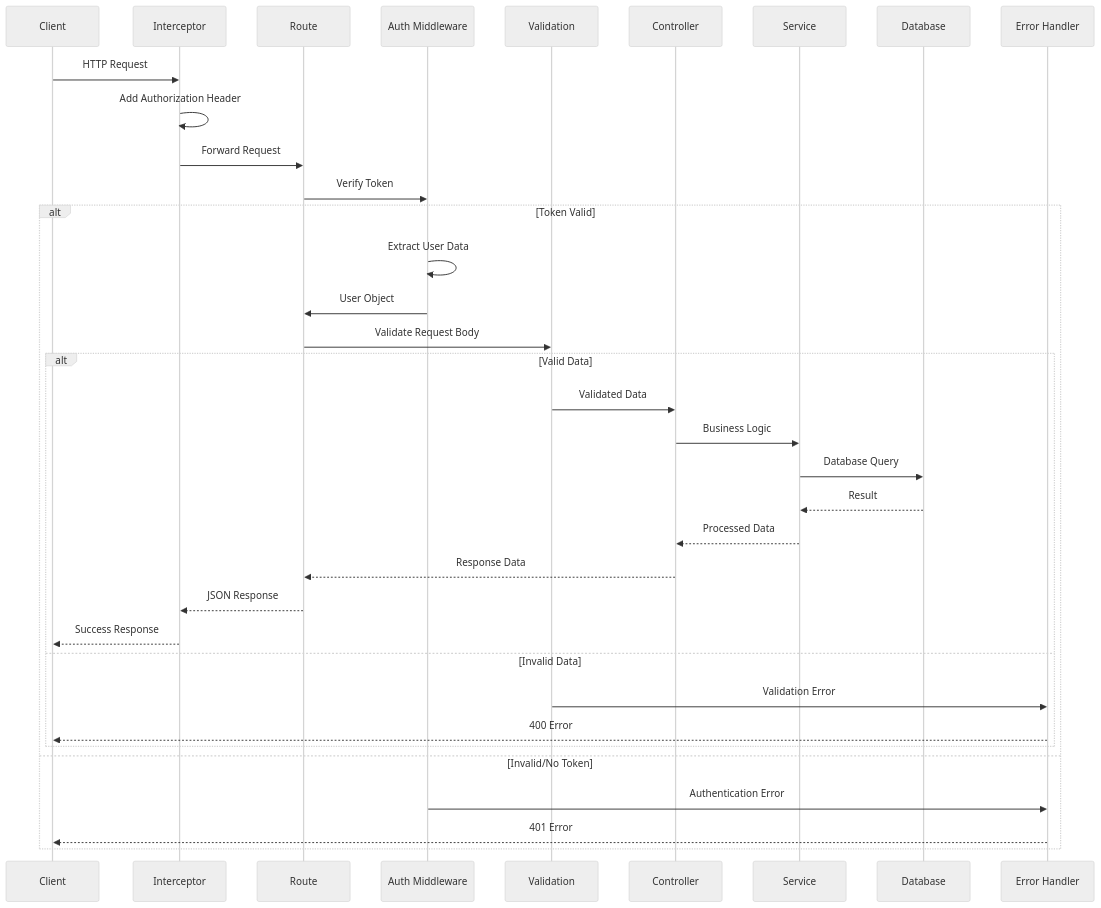
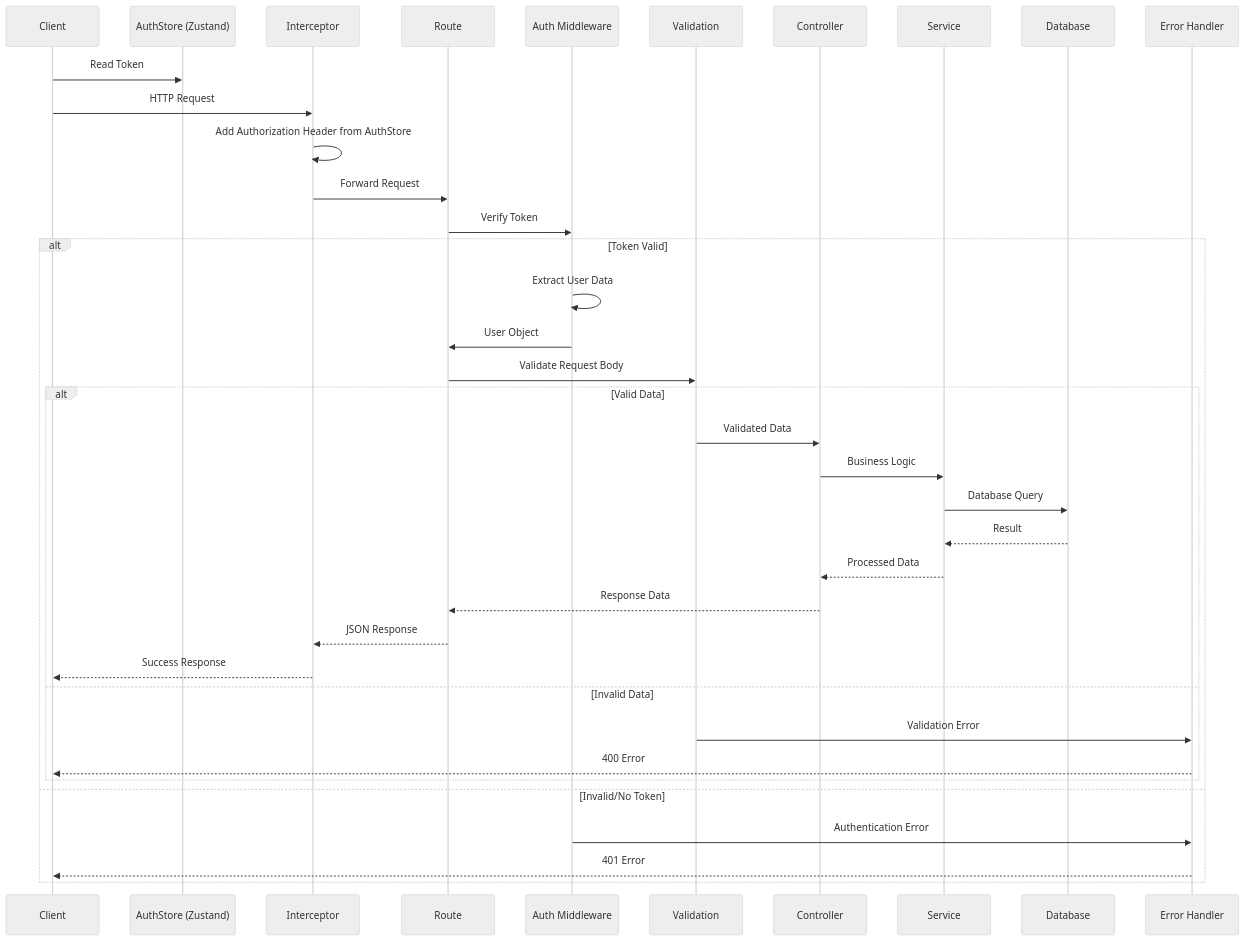
One commit to M0hammad-yasin/Online-educator changed the fifth of 6 diagrams in README.md. Above: the diagram before and after it, drawn with Mermaid (neutral theme). The commit also changed other lines of this file, not shown here.

Commit message:
feat: Update README.md to reflect new authentication flow and API request structure with Zustand and React Query integration

````diff
--- a/README.md
+++ b/README.md
@@ -953,38 +985,43 @@
 ```mermaid
 sequenceDiagram
     participant C as Client
+    participant AuthStore as AuthStore (Zustand)
     participant I as Interceptor
     participant R as Route
     participant A as Auth Middleware
     participant V as Validation
     participant Ctrl as Controller
     participant S as Service
     participant DB as Database
     participant E as Error Handler
     
+    %% Client prepares request
+    C->>AuthStore: Read Token
     C->>I: HTTP Request
-    I->>I: Add Authorization Header
+    I->>I: Add Authorization Header from AuthStore
     I->>R: Forward Request
+    
+    %% Server authentication & validation
     R->>A: Verify Token
     alt Token Valid
         A->>A: Extract User Data
         A->>R: User Object
         R->>V: Validate Request Body
         alt Valid Data
             V->>Ctrl: Validated Data
             Ctrl->>S: Business Logic
             S->>DB: Database Query
             DB-->>S: Result
             S-->>Ctrl: Processed Data
             Ctrl-->>R: Response Data
             R-->>I: JSON Response
             I-->>C: Success Response
         else Invalid Data
             V->>E: Validation Error
             E-->>C: 400 Error
         end
     else Invalid/No Token
         A->>E: Authentication Error
         E-->>C: 401 Error
     end
 ```
````
